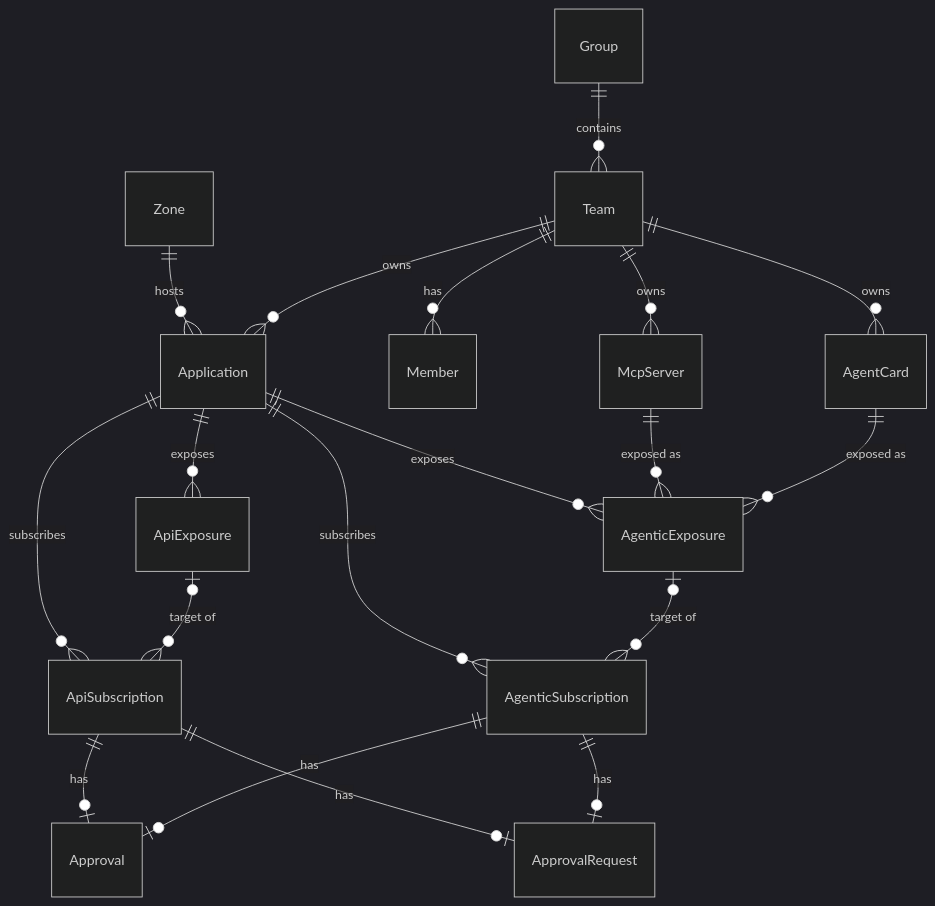
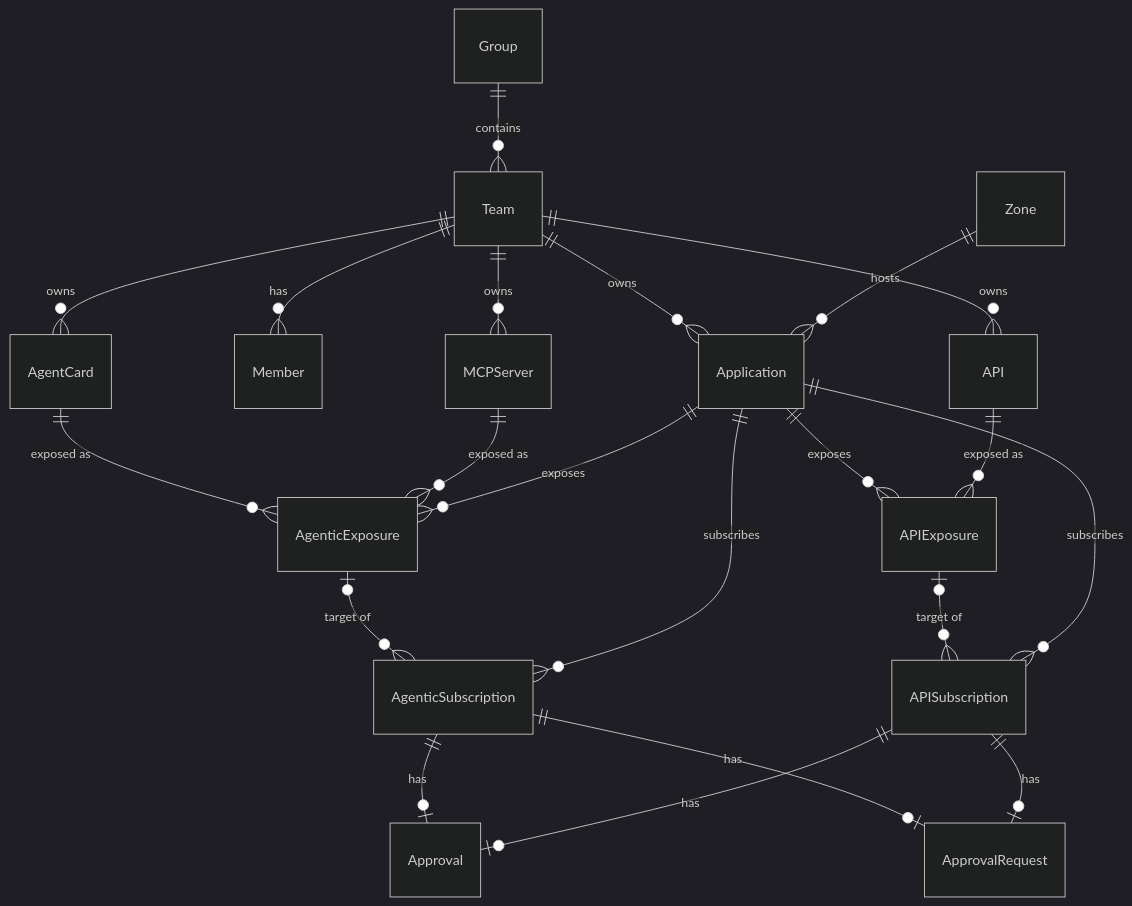
One commit to telekom/controlplane changed the third of 3 diagrams in docs/docs/architecture/controlplane-api.mdx. Above: the diagram before and after it, drawn with Mermaid (dark theme). The commit also changed other lines of this file and 199 other files, not shown here.

First line of the commit message:
feat(controlplane-api)!: use Go-style initialisms in GraphQL and Ent names

````diff
--- a/docs/docs/architecture/controlplane-api.mdx
+++ b/docs/docs/architecture/controlplane-api.mdx
@@ -113,21 +113,23 @@
 ```mermaid
 erDiagram
     Zone ||--o{ Application : "hosts"
     Group ||--o{ Team : "contains"
     Team ||--o{ Application : "owns"
     Team ||--o{ Member : "has"
-    Team ||--o{ McpServer : "owns"
+    Team ||--o{ API : "owns"
+    Team ||--o{ MCPServer : "owns"
     Team ||--o{ AgentCard : "owns"
-    Application ||--o{ ApiExposure : "exposes"
-    Application ||--o{ ApiSubscription : "subscribes"
-    ApiExposure |o--o{ ApiSubscription : "target of"
-    ApiSubscription ||--o| Approval : "has"
-    ApiSubscription ||--o| ApprovalRequest : "has"
+    API ||--o{ APIExposure : "exposed as"
+    Application ||--o{ APIExposure : "exposes"
+    Application ||--o{ APISubscription : "subscribes"
+    APIExposure |o--o{ APISubscription : "target of"
+    APISubscription ||--o| Approval : "has"
+    APISubscription ||--o| ApprovalRequest : "has"
     Application ||--o{ AgenticExposure : "exposes"
     Application ||--o{ AgenticSubscription : "subscribes"
-    McpServer ||--o{ AgenticExposure : "exposed as"
+    MCPServer ||--o{ AgenticExposure : "exposed as"
     AgentCard ||--o{ AgenticExposure : "exposed as"
     AgenticExposure |o--o{ AgenticSubscription : "target of"
     AgenticSubscription ||--o| Approval : "has"
     AgenticSubscription ||--o| ApprovalRequest : "has"
 ```
````
